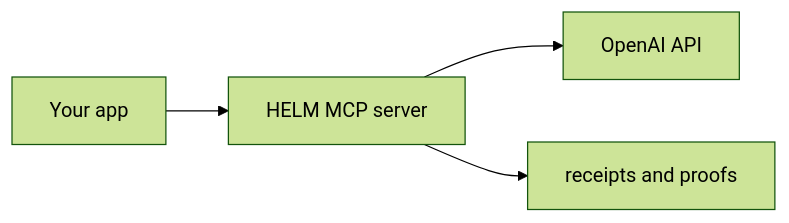
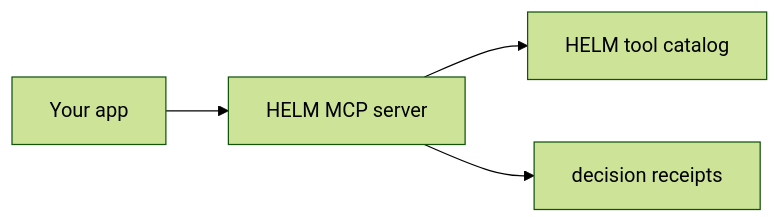
The diagram in examples/starters/openai/README.md (Mindburn-Labs/helm-ai-kernel), drawn with Mermaid (forest theme) before and after one commit. The commit also changed other lines of this file and 71 other files, not shown here.

````diff
--- a/examples/starters/openai/README.md
+++ b/examples/starters/openai/README.md
@@ -43,6 +41,6 @@
 ```mermaid
 flowchart LR
   app["Your app"] --> helm["HELM MCP server"]
-  helm --> provider["OpenAI API"]
-  helm --> evidence["receipts and proofs"]
+  helm --> tools["HELM tool catalog"]
+  helm --> evidence["decision receipts"]
 ```
````
